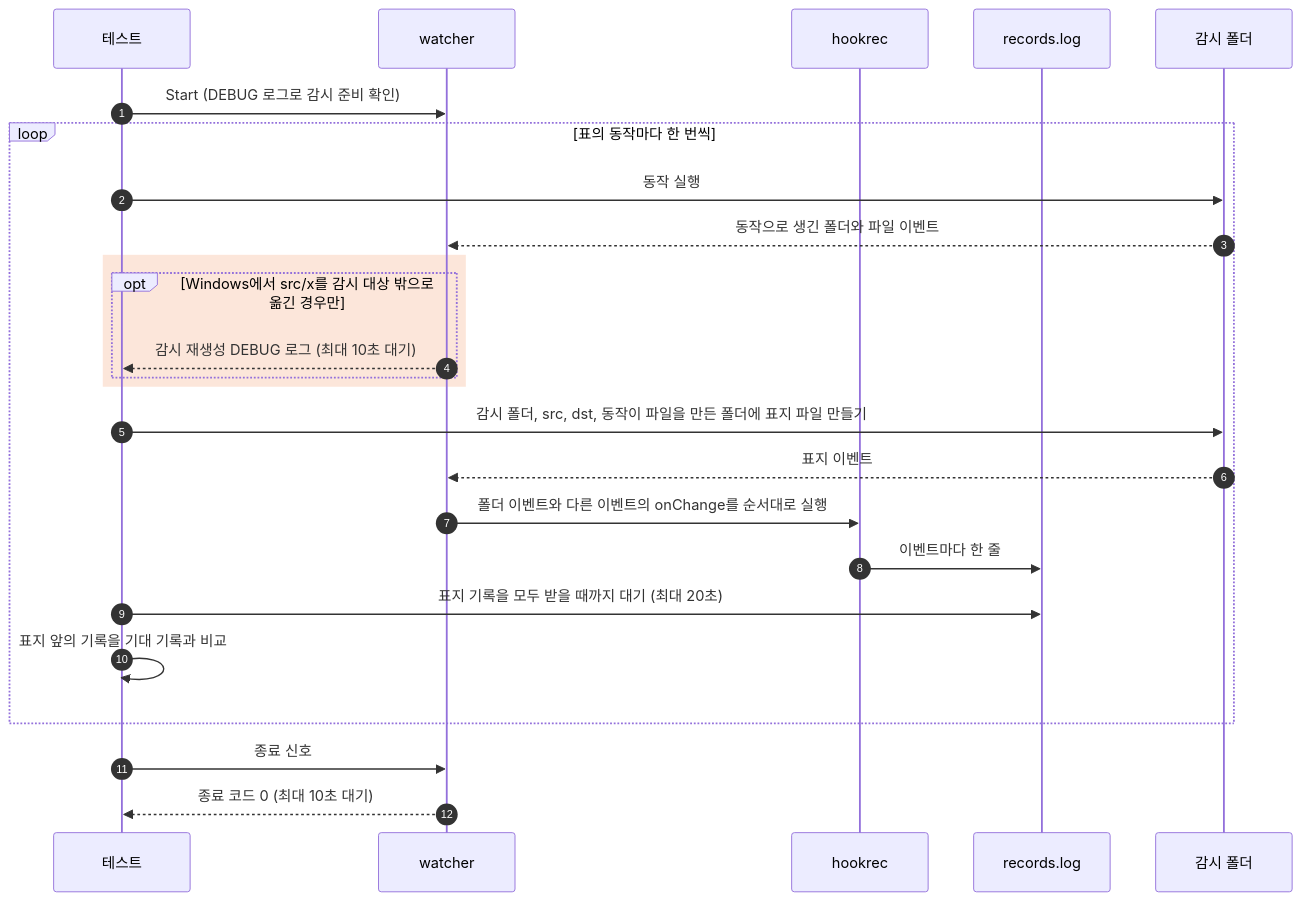
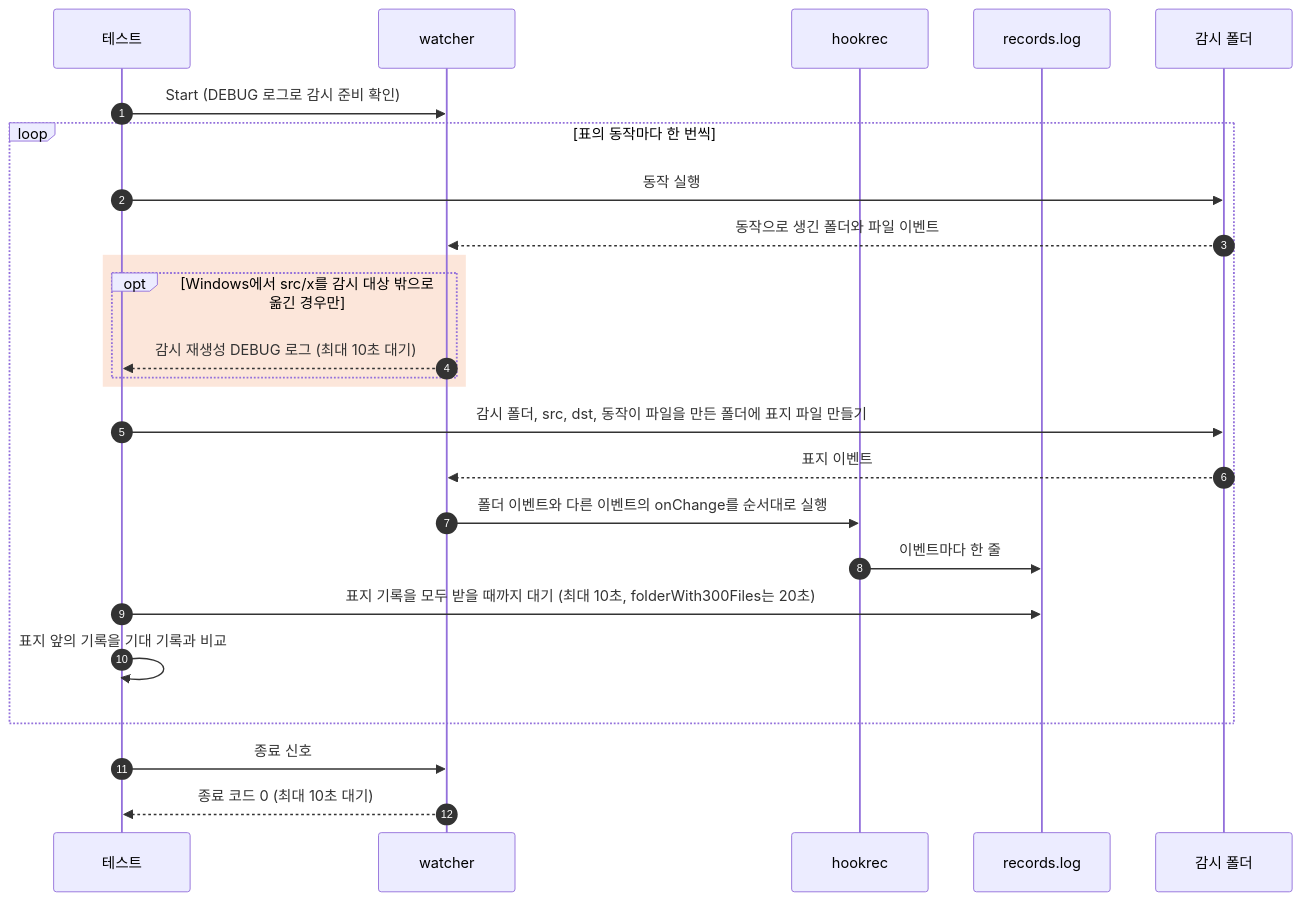
The diagram in e2e/docs/scenarios/folder-events.ko.md (seungyeop-lee/directory-watcher), drawn with Mermaid before and after one commit. The commit also changed other lines of this file and 2 other files, not shown here.

First line of the commit message:
test: 폴더 이벤트 E2E에서 파일 300개 단계를 하위 테스트로 나눔

````diff
--- a/e2e/docs/scenarios/folder-events.ko.md
+++ b/e2e/docs/scenarios/folder-events.ko.md
@@ -52,27 +64,27 @@
 ```mermaid
 sequenceDiagram
     autonumber
     participant testCode as 테스트
     participant watcherProc as watcher
     participant hookRec as hookrec
     participant recordFile as records.log
     participant watchDir as 감시 폴더
     testCode->>watcherProc: Start (DEBUG 로그로 감시 준비 확인)
     loop 표의 동작마다 한 번씩
         testCode->>watchDir: 동작 실행
         watchDir-->>watcherProc: 동작으로 생긴 폴더와 파일 이벤트
         rect rgba(234, 88, 12, 0.15)
             opt Windows에서 src/x를 감시 대상 밖으로 옮긴 경우만
                 watcherProc-->>testCode: 감시 재생성 DEBUG 로그 (최대 10초 대기)
             end
         end
         testCode->>watchDir: 감시 폴더, src, dst, 동작이 파일을 만든 폴더에 표지 파일 만들기
         watchDir-->>watcherProc: 표지 이벤트
         watcherProc->>hookRec: 폴더 이벤트와 다른 이벤트의 onChange를 순서대로 실행
         hookRec->>recordFile: 이벤트마다 한 줄
-        testCode->>recordFile: 표지 기록을 모두 받을 때까지 대기 (최대 20초)
+        testCode->>recordFile: 표지 기록을 모두 받을 때까지 대기 (최대 10초, folderWith300Files는 20초)
         testCode->>testCode: 표지 앞의 기록을 기대 기록과 비교
     end
     testCode->>watcherProc: 종료 신호
     watcherProc-->>testCode: 종료 코드 0 (최대 10초 대기)
 ```
````
